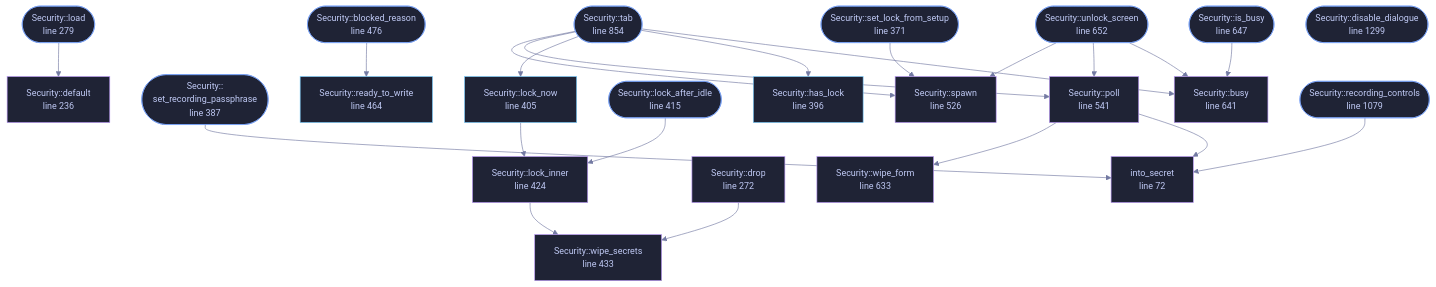
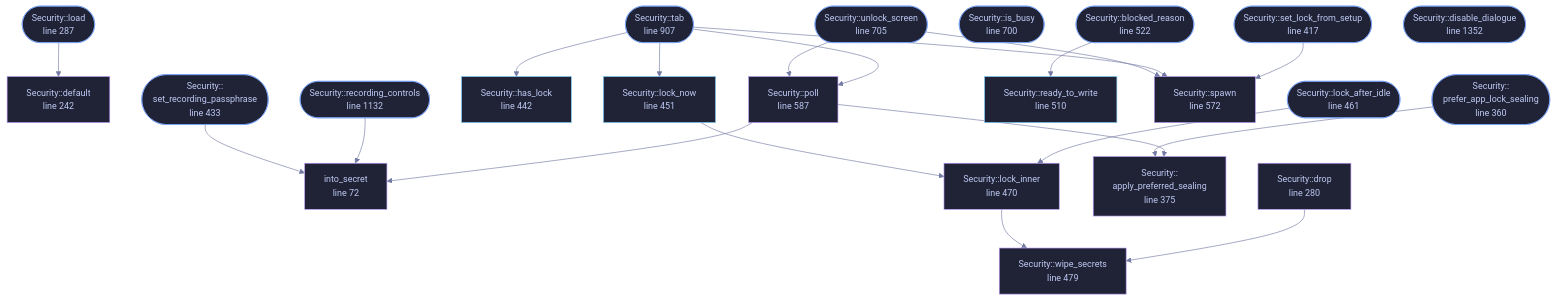
One commit to tilas01/veilvoice changed the diagram in docs/files/veilvoice-gui/security.md. Above: the diagram before and after it, drawn with Mermaid. The commit also changed other lines of this file and 72 other files, not shown here.

````diff
--- a/docs/files/veilvoice-gui/security.md
+++ b/docs/files/veilvoice-gui/security.md
@@ -148,74 +150,72 @@
 ```mermaid
 %%{init: {"theme":"base","themeVariables":{"background":"#1a1b26","primaryColor":"#1f2335","primaryTextColor":"#c0caf5","primaryBorderColor":"#7aa2f7","secondaryColor":"#16161e","tertiaryColor":"#16161e","lineColor":"#737aa2","textColor":"#c0caf5","mainBkg":"#1f2335","nodeBorder":"#7aa2f7","clusterBkg":"#16161e","clusterBorder":"#2f3549","fontFamily":"ui-monospace, SFMono-Regular, Consolas, monospace","fontSize":"14px"}}}%%
 flowchart TD
     n_into_secret["into_secret<br/>line 72"]
-    n_default["Security::default<br/>line 236"]
-    n_drop["Security::drop<br/>line 272"]
-    n_load(["Security::load<br/>line 279"])
-    n_set_lock_from_setup(["Security::set_lock_from_setup<br/>line 371"])
-    n_set_recording_passphrase(["Security::<br/>set_recording_passphrase<br/>line 387"])
-    n_has_lock["Security::has_lock<br/>line 396"]
-    n_lock_now["Security::lock_now<br/>line 405"]
-    n_lock_after_idle(["Security::lock_after_idle<br/>line 415"])
-    n_lock_inner["Security::lock_inner<br/>line 424"]
-    n_wipe_secrets["Security::wipe_secrets<br/>line 433"]
-    n_ready_to_write["Security::ready_to_write<br/>line 464"]
-    n_blocked_reason(["Security::blocked_reason<br/>line 476"])
-    n_spawn["Security::spawn<br/>line 526"]
-    n_poll["Security::poll<br/>line 541"]
-    n_wipe_form["Security::wipe_form<br/>line 633"]
-    n_busy["Security::busy<br/>line 641"]
-    n_is_busy(["Security::is_busy<br/>line 647"])
-    n_unlock_screen(["Security::unlock_screen<br/>line 652"])
-    n_tab(["Security::tab<br/>line 854"])
-    n_recording_controls(["Security::recording_controls<br/>line 1079"])
-    n_disable_dialogue(["Security::disable_dialogue<br/>line 1299"])
+    n_default["Security::default<br/>line 242"]
+    n_drop["Security::drop<br/>line 280"]
+    n_load(["Security::load<br/>line 287"])
+    n_prefer_app_lock_sealing(["Security::<br/>prefer_app_lock_sealing<br/>line 360"])
+    n_apply_preferred_sealing["Security::<br/>apply_preferred_sealing<br/>line 375"]
+    n_set_lock_from_setup(["Security::set_lock_from_setup<br/>line 417"])
+    n_set_recording_passphrase(["Security::<br/>set_recording_passphrase<br/>line 433"])
+    n_has_lock["Security::has_lock<br/>line 442"]
+    n_lock_now["Security::lock_now<br/>line 451"]
+    n_lock_after_idle(["Security::lock_after_idle<br/>line 461"])
+    n_lock_inner["Security::lock_inner<br/>line 470"]
+    n_wipe_secrets["Security::wipe_secrets<br/>line 479"]
+    n_ready_to_write["Security::ready_to_write<br/>line 510"]
+    n_blocked_reason(["Security::blocked_reason<br/>line 522"])
+    n_spawn["Security::spawn<br/>line 572"]
+    n_poll["Security::poll<br/>line 587"]
+    n_is_busy(["Security::is_busy<br/>line 700"])
+    n_unlock_screen(["Security::unlock_screen<br/>line 705"])
+    n_tab(["Security::tab<br/>line 907"])
+    n_recording_controls(["Security::recording_controls<br/>line 1132"])
+    n_disable_dialogue(["Security::disable_dialogue<br/>line 1352"])
     n_blocked_reason --> n_ready_to_write
     n_drop --> n_wipe_secrets
-    n_is_busy --> n_busy
     n_load --> n_default
     n_lock_after_idle --> n_lock_inner
     n_lock_inner --> n_wipe_secrets
     n_lock_now --> n_lock_inner
+    n_poll --> n_apply_preferred_sealing
     n_poll --> n_into_secret
-    n_poll --> n_wipe_form
+    n_prefer_app_lock_sealing --> n_apply_preferred_sealing
     n_recording_controls --> n_into_secret
     n_set_lock_from_setup --> n_spawn
     n_set_recording_passphrase --> n_into_secret
-    n_tab --> n_busy
     n_tab --> n_has_lock
     n_tab --> n_lock_now
     n_tab --> n_poll
     n_tab --> n_spawn
-    n_unlock_screen --> n_busy
     n_unlock_screen --> n_poll
     n_unlock_screen --> n_spawn
     click n_into_secret href "https://github.com/tilas01/veilvoice/blob/main/crates/veilvoice-gui/src/security.rs#L72" "open the source"
-    click n_default href "https://github.com/tilas01/veilvoice/blob/main/crates/veilvoice-gui/src/security.rs#L236" "open the source"
-    click n_drop href "https://github.com/tilas01/veilvoice/blob/main/crates/veilvoice-gui/src/security.rs#L272" "open the source"
-    click n_load href "https://github.com/tilas01/veilvoice/blob/main/crates/veilvoice-gui/src/security.rs#L279" "open the source"
-    click n_set_lock_from_setup href "https://github.com/tilas01/veilvoice/blob/main/crates/veilvoice-gui/src/security.rs#L371" "open the source"
-    click n_set_recording_passphrase href "https://github.com/tilas01/veilvoice/blob/main/crates/veilvoice-gui/src/security.rs#L387" "open the source"
-    click n_has_lock href "https://github.com/tilas01/veilvoice/blob/main/crates/veilvoice-gui/src/security.rs#L396" "open the source"
-    click n_lock_now href "https://github.com/tilas01/veilvoice/blob/main/crates/veilvoice-gui/src/security.rs#L405" "open the source"
-    click n_lock_after_idle href "https://github.com/tilas01/veilvoice/blob/main/crates/veilvoice-gui/src/security.rs#L415" "open the source"
-    click n_lock_inner href "https://github.com/tilas01/veilvoice/blob/main/crates/veilvoice-gui/src/security.rs#L424" "open the source"
-    click n_wipe_secrets href "https://github.com/tilas01/veilvoice/blob/main/crates/veilvoice-gui/src/security.rs#L433" "open the source"
-    click n_ready_to_write href "https://github.com/tilas01/veilvoice/blob/main/crates/veilvoice-gui/src/security.rs#L464" "open the source"
-    click n_blocked_reason href "https://github.com/tilas01/veilvoice/blob/main/crates/veilvoice-gui/src/security.rs#L476" "open the source"
-    click n_spawn href "https://github.com/tilas01/veilvoice/blob/main/crates/veilvoice-gui/src/security.rs#L526" "open the source"
-    click n_poll href "https://github.com/tilas01/veilvoice/blob/main/crates/veilvoice-gui/src/security.rs#L541" "open the source"
-    click n_wipe_form href "https://github.com/tilas01/veilvoice/blob/main/crates/veilvoice-gui/src/security.rs#L633" "open the source"
-    click n_busy href "https://github.com/tilas01/veilvoice/blob/main/crates/veilvoice-gui/src/security.rs#L641" "open the source"
-    click n_is_busy href "https://github.com/tilas01/veilvoice/blob/main/crates/veilvoice-gui/src/security.rs#L647" "open the source"
-    click n_unlock_screen href "https://github.com/tilas01/veilvoice/blob/main/crates/veilvoice-gui/src/security.rs#L652" "open the source"
-    click n_tab href "https://github.com/tilas01/veilvoice/blob/main/crates/veilvoice-gui/src/security.rs#L854" "open the source"
-    click n_recording_controls href "https://github.com/tilas01/veilvoice/blob/main/crates/veilvoice-gui/src/security.rs#L1079" "open the source"
-    click n_disable_dialogue href "https://github.com/tilas01/veilvoice/blob/main/crates/veilvoice-gui/src/security.rs#L1299" "open the source"
+    click n_default href "https://github.com/tilas01/veilvoice/blob/main/crates/veilvoice-gui/src/security.rs#L242" "open the source"
+    click n_drop href "https://github.com/tilas01/veilvoice/blob/main/crates/veilvoice-gui/src/security.rs#L280" "open the source"
+    click n_load href "https://github.com/tilas01/veilvoice/blob/main/crates/veilvoice-gui/src/security.rs#L287" "open the source"
+    click n_prefer_app_lock_sealing href "https://github.com/tilas01/veilvoice/blob/main/crates/veilvoice-gui/src/security.rs#L360" "open the source"
+    click n_apply_preferred_sealing href "https://github.com/tilas01/veilvoice/blob/main/crates/veilvoice-gui/src/security.rs#L375" "open the source"
+    click n_set_lock_from_setup href "https://github.com/tilas01/veilvoice/blob/main/crates/veilvoice-gui/src/security.rs#L417" "open the source"
+    click n_set_recording_passphrase href "https://github.com/tilas01/veilvoice/blob/main/crates/veilvoice-gui/src/security.rs#L433" "open the source"
+    click n_has_lock href "https://github.com/tilas01/veilvoice/blob/main/crates/veilvoice-gui/src/security.rs#L442" "open the source"
+    click n_lock_now href "https://github.com/tilas01/veilvoice/blob/main/crates/veilvoice-gui/src/security.rs#L451" "open the source"
+    click n_lock_after_idle href "https://github.com/tilas01/veilvoice/blob/main/crates/veilvoice-gui/src/security.rs#L461" "open the source"
+    click n_lock_inner href "https://github.com/tilas01/veilvoice/blob/main/crates/veilvoice-gui/src/security.rs#L470" "open the source"
+    click n_wipe_secrets href "https://github.com/tilas01/veilvoice/blob/main/crates/veilvoice-gui/src/security.rs#L479" "open the source"
+    click n_ready_to_write href "https://github.com/tilas01/veilvoice/blob/main/crates/veilvoice-gui/src/security.rs#L510" "open the source"
+    click n_blocked_reason href "https://github.com/tilas01/veilvoice/blob/main/crates/veilvoice-gui/src/security.rs#L522" "open the source"
+    click n_spawn href "https://github.com/tilas01/veilvoice/blob/main/crates/veilvoice-gui/src/security.rs#L572" "open the source"
+    click n_poll href "https://github.com/tilas01/veilvoice/blob/main/crates/veilvoice-gui/src/security.rs#L587" "open the source"
+    click n_is_busy href "https://github.com/tilas01/veilvoice/blob/main/crates/veilvoice-gui/src/security.rs#L700" "open the source"
+    click n_unlock_screen href "https://github.com/tilas01/veilvoice/blob/main/crates/veilvoice-gui/src/security.rs#L705" "open the source"
+    click n_tab href "https://github.com/tilas01/veilvoice/blob/main/crates/veilvoice-gui/src/security.rs#L907" "open the source"
+    click n_recording_controls href "https://github.com/tilas01/veilvoice/blob/main/crates/veilvoice-gui/src/security.rs#L1132" "open the source"
+    click n_disable_dialogue href "https://github.com/tilas01/veilvoice/blob/main/crates/veilvoice-gui/src/security.rs#L1352" "open the source"
     classDef entry fill:#1f2335,stroke:#7aa2f7,color:#c0caf5
-    class n_load,n_set_lock_from_setup,n_set_recording_passphrase,n_lock_after_idle,n_blocked_reason,n_is_busy,n_unlock_screen,n_tab,n_recording_controls,n_disable_dialogue entry
+    class n_load,n_prefer_app_lock_sealing,n_set_lock_from_setup,n_set_recording_passphrase,n_lock_after_idle,n_blocked_reason,n_is_busy,n_unlock_screen,n_tab,n_recording_controls,n_disable_dialogue entry
     classDef api fill:#1f2335,stroke:#7dcfff,color:#c0caf5
     class n_has_lock,n_lock_now,n_ready_to_write api
     classDef helper fill:#1f2335,stroke:#bb9af7,color:#c0caf5
-    class n_into_secret,n_default,n_drop,n_lock_inner,n_wipe_secrets,n_spawn,n_poll,n_wipe_form,n_busy helper
+    class n_into_secret,n_default,n_drop,n_apply_preferred_sealing,n_lock_inner,n_wipe_secrets,n_spawn,n_poll helper
 ```
````
